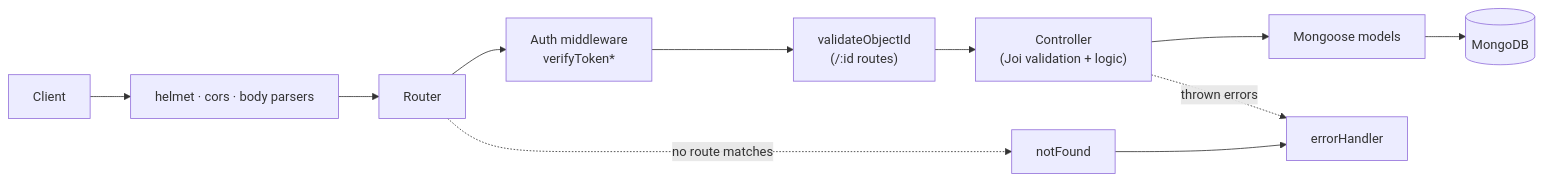
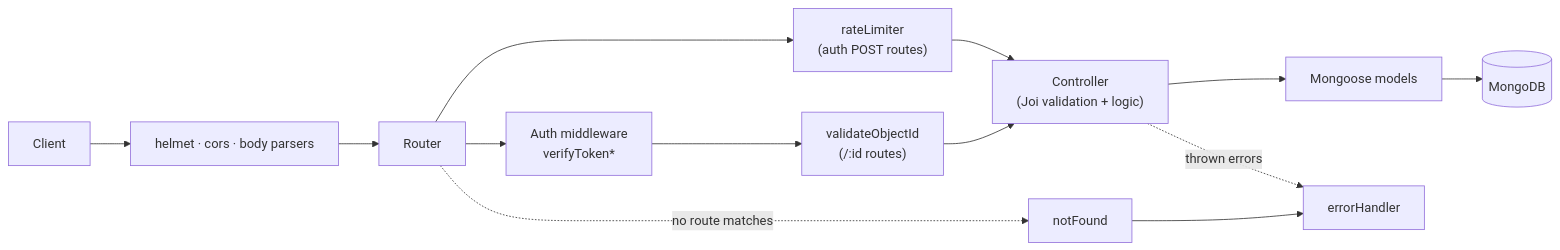
One commit to OmarKh006/bookStore changed the second of 4 diagrams in README.md. Above: the diagram before and after it, drawn with Mermaid. The commit also changed other lines of this file and 1 other file, not shown here.

````diff
--- a/README.md
+++ b/README.md
@@ -52,12 +82,14 @@
 ```mermaid
 flowchart LR
   A[Client] --> B["helmet · cors · body parsers"]
   B --> C[Router]
+  C --> L["rateLimiter<br/>(auth POST routes)"]
   C --> D["Auth middleware<br/>verifyToken*"]
+  L --> F
   D --> E["validateObjectId<br/>(/:id routes)"]
   E --> F["Controller<br/>(Joi validation + logic)"]
   F --> G[Mongoose models]
   G --> H[(MongoDB)]
   F -. thrown errors .-> I[errorHandler]
   C -. no route matches .-> J[notFound] --> I
 ```
````
